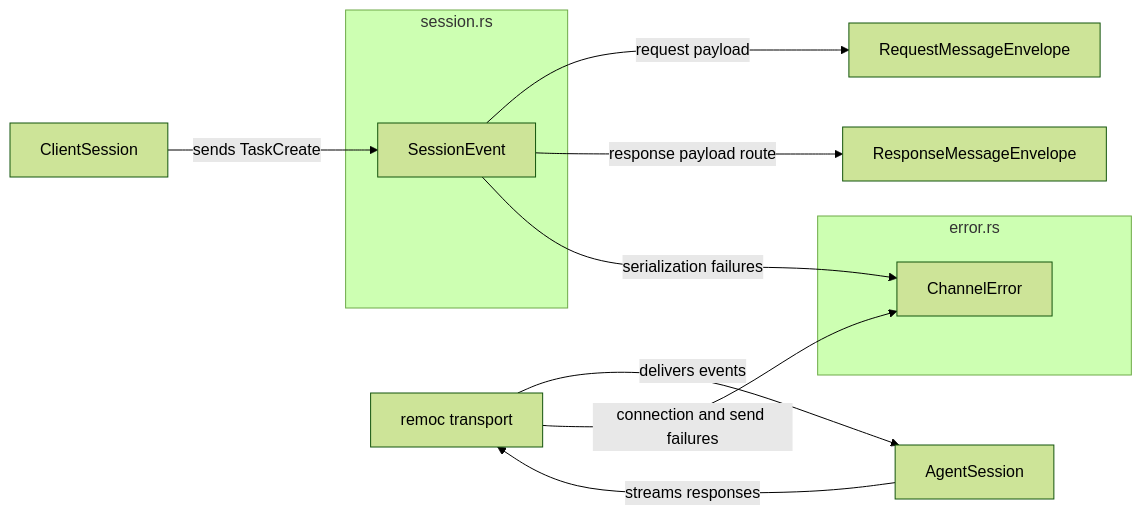
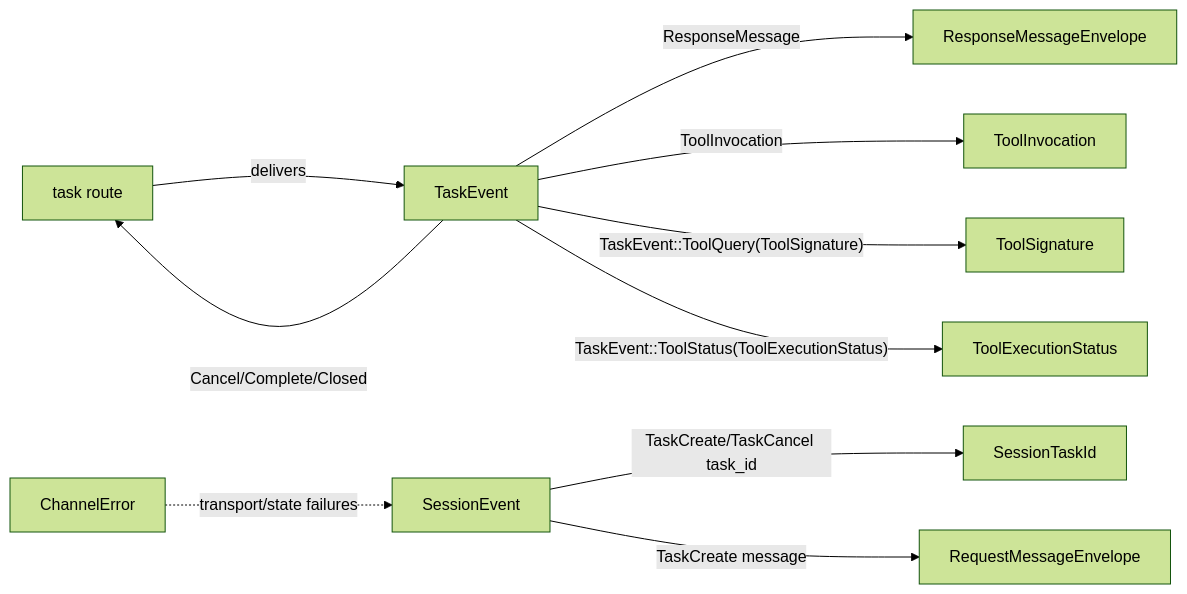
The diagram in src/common/channel/.workflow.mmd (DexterDreeeam/Marix), drawn with Mermaid (forest theme) before and after one commit. The commit also changed 77 other files, not shown here.

```diff
--- a/src/common/channel/.workflow.mmd
+++ b/src/common/channel/.workflow.mmd
@@ -1,22 +1,10 @@
 flowchart LR
-  subgraph error_rs["error.rs"]
-    ChannelError["ChannelError"]
-  end
-
-  subgraph session_rs["session.rs"]
-    SessionEvent["SessionEvent"]
-  end
-
-  RequestMessageEnvelope["RequestMessageEnvelope"]
-  ResponseMessageEnvelope["ResponseMessageEnvelope"]
-  RemocTransport["remoc transport"]
-  ClientSession["ClientSession"]
-  AgentSession["AgentSession"]
-
-  ClientSession -->|"sends TaskCreate"| SessionEvent
-  SessionEvent -->|"request payload"| RequestMessageEnvelope
-  SessionEvent -->|"response payload route"| ResponseMessageEnvelope
-  RemocTransport -->|"delivers events"| AgentSession
-  AgentSession -->|"streams responses"| RemocTransport
-  RemocTransport -->|"connection and send failures"| ChannelError
-  SessionEvent -->|"serialization failures"| ChannelError
+  SessionEvent["SessionEvent"] -->|"TaskCreate/TaskCancel task_id"| SessionTaskId["SessionTaskId"]
+  SessionEvent -->|"TaskCreate message"| Request["RequestMessageEnvelope"]
+  TaskRoute["task route"] -->|"delivers"| TaskEvent["TaskEvent"]
+  TaskEvent -->|"ResponseMessage"| Response["ResponseMessageEnvelope"]
+  TaskEvent -->|"ToolInvocation"| ToolInvocation["ToolInvocation"]
+  TaskEvent -->|"TaskEvent::ToolQuery(ToolSignature)"| ToolSignature["ToolSignature"]
+  TaskEvent -->|"TaskEvent::ToolStatus(ToolExecutionStatus)"| ToolExecutionStatus["ToolExecutionStatus"]
+  TaskEvent -->|"Cancel/Complete/Closed"| TaskRoute
+  ChannelError["ChannelError"] -.->|"transport/state failures"| SessionEvent
```
